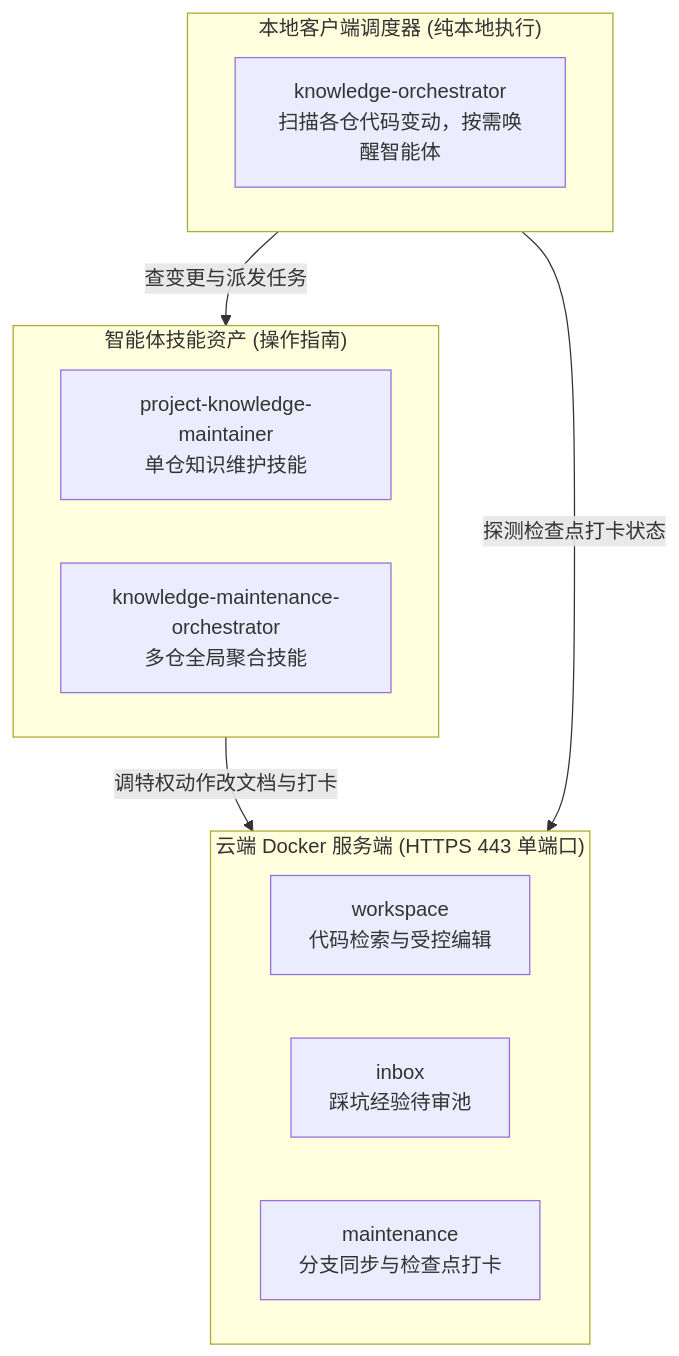
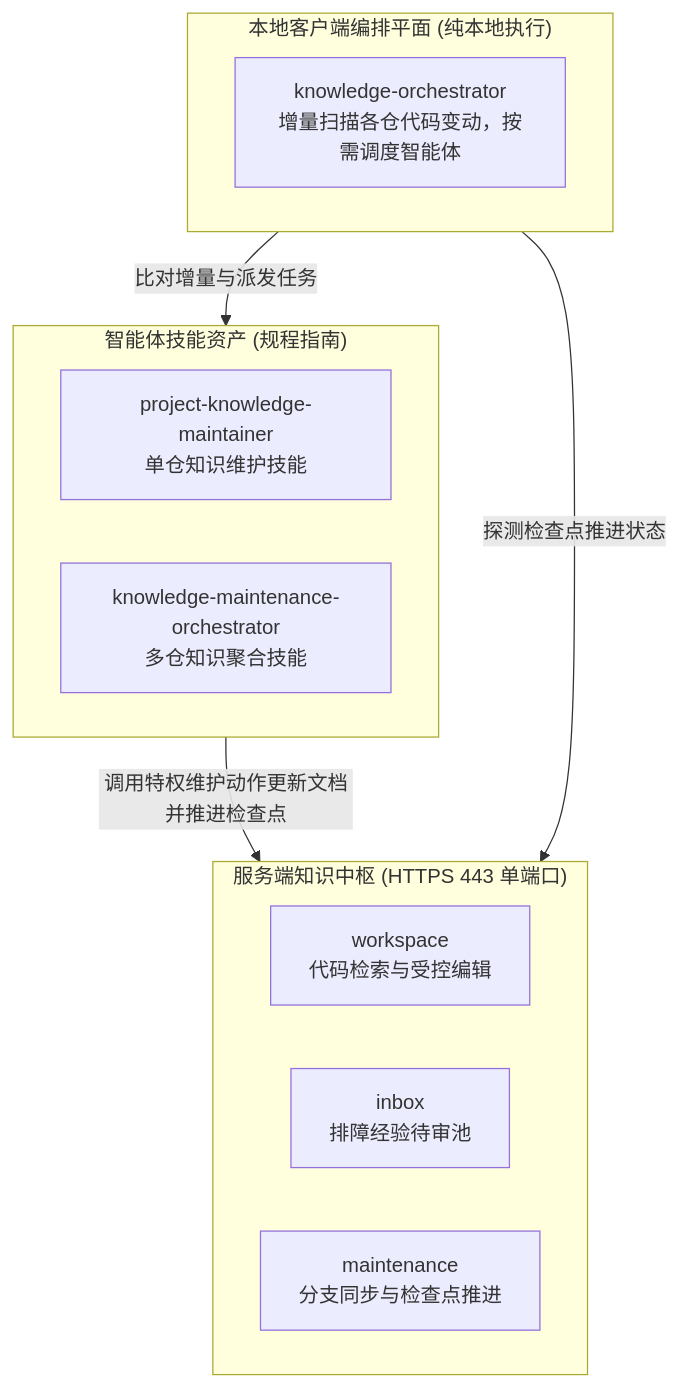
The diagram in README.md (fjay/knowledge-dock), drawn with Mermaid before and after one commit. The commit also changed other lines of this file and 4 other files, not shown here.

````diff
--- a/README.md
+++ b/README.md
@@ -16,21 +16,21 @@
 ```mermaid
 flowchart TD
-    subgraph Client ["本地客户端调度器 (纯本地执行)"]
-        Orchestrator["knowledge-orchestrator<br/>扫描各仓代码变动，按需唤醒智能体"]
+    subgraph Client ["本地客户端编排平面 (纯本地执行)"]
+        Orchestrator["knowledge-orchestrator<br/>增量扫描各仓代码变动，按需调度智能体"]
     end
 
-    subgraph Skills ["智能体技能资产 (操作指南)"]
+    subgraph Skills ["智能体技能资产 (规程指南)"]
         SkillSingle["project-knowledge-maintainer<br/>单仓知识维护技能"]
-        SkillMulti["knowledge-maintenance-orchestrator<br/>多仓全局聚合技能"]
+        SkillMulti["knowledge-maintenance-orchestrator<br/>多仓知识聚合技能"]
     end
 
-    subgraph Server ["云端 Docker 服务端 (HTTPS 443 单端口)"]
+    subgraph Server ["服务端知识中枢 (HTTPS 443 单端口)"]
         Workspace["workspace<br/>代码检索与受控编辑"]
-        Inbox["inbox<br/>踩坑经验待审池"]
-        Maintenance["maintenance<br/>分支同步与检查点打卡"]
+        Inbox["inbox<br/>排障经验待审池"]
+        Maintenance["maintenance<br/>分支同步与检查点推进"]
     end
 
-    Client -->|"查变更与派发任务"| Skills
-    Skills -->|"调特权动作改文档与打卡"| Server
-    Client -->|"探测检查点打卡状态"| Server
+    Client -->|"比对增量与派发任务"| Skills
+    Skills -->|"调用特权维护动作更新文档并推进检查点"| Server
+    Client -->|"探测检查点推进状态"| Server
 ```
````
